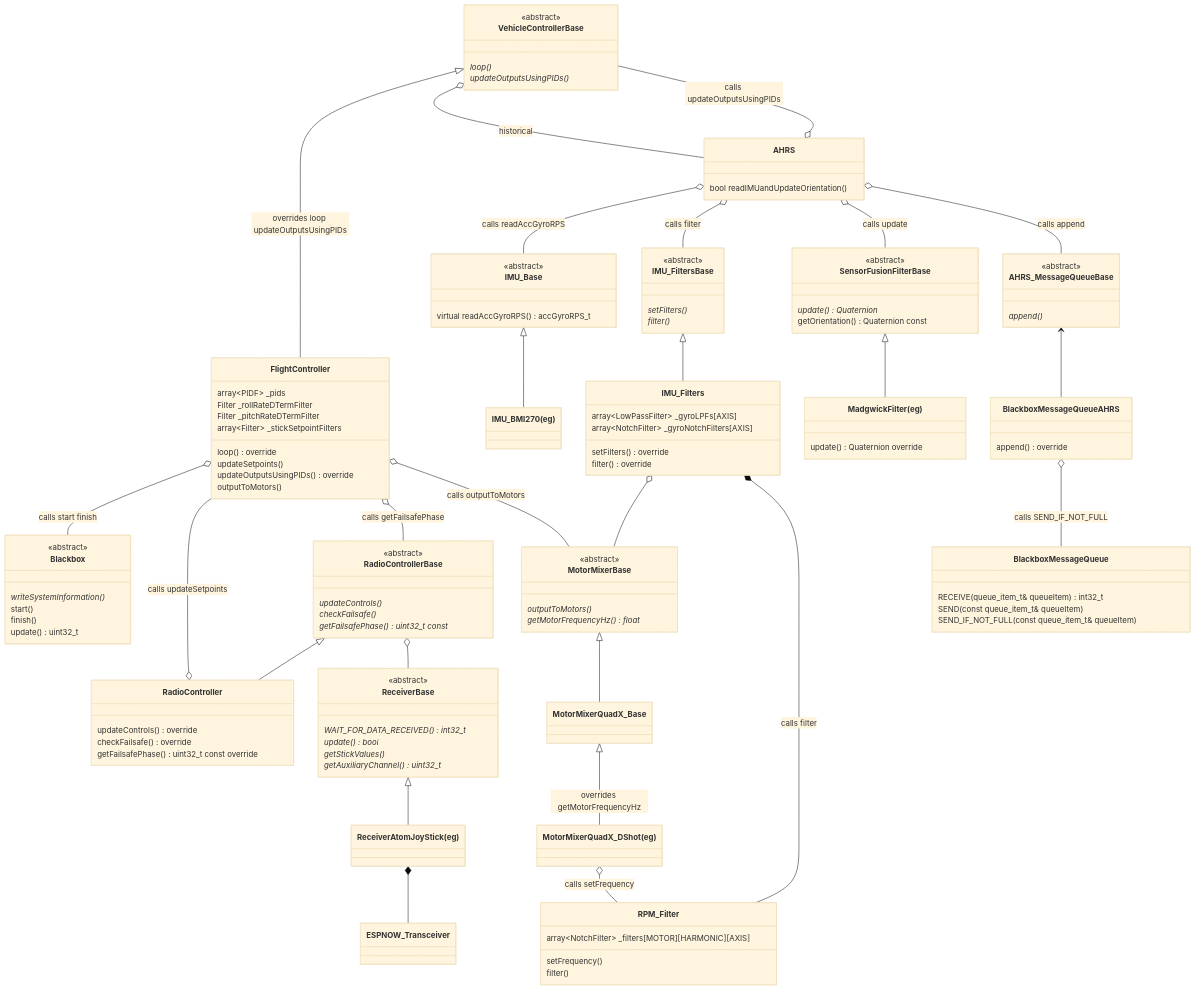
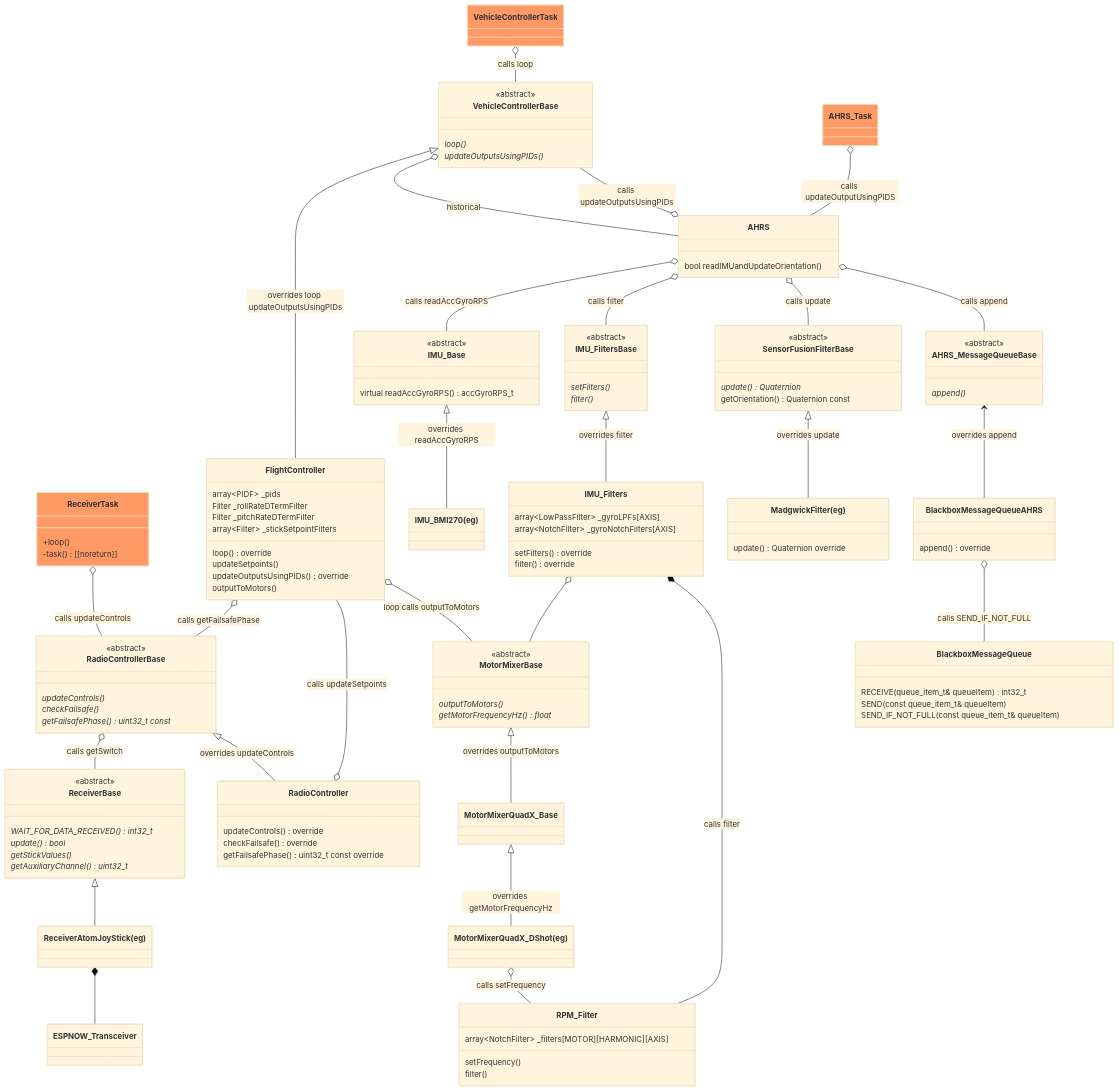
The first of 5 diagrams in README.md (martinbudden/Protoflight), drawn with Mermaid (base theme) before and after one commit. The commit also changed other lines of this file, not shown here.

Commit message:
Update class diagram.

````diff
--- a/README.md
+++ b/README.md
@@ -235,5 +241,9 @@
 ```mermaid
 classDiagram
+    class ReceiverTask:::taskClass {
+        +loop()
+        -task() [[noreturn]]
+    }
     class SensorFusionFilterBase {
         <<abstract>>
         update() Quaternion *
@@ -252,17 +262,9 @@
         SEND(const queue_item_t& queueItem)
         SEND_IF_NOT_FULL(const queue_item_t& queueItem)
     }
-    AHRS_MessageQueueBase <-- BlackboxMessageQueueAHRS
+    AHRS_MessageQueueBase <-- BlackboxMessageQueueAHRS : overrides append
     BlackboxMessageQueueAHRS o-- BlackboxMessageQueue : calls SEND_IF_NOT_FULL
 
-    class Blackbox {
-        <<abstract>>
-        writeSystemInformation() *
-        start()
-        finish()
-        update() uint32_t
-    }
-    link Blackbox "https://github.com/martinbudden/Library-Blackbox/blob/main/src/Blackbox.h"
 
     class IMU_Base {
         <<abstract>>
@@ -290,9 +292,15 @@
         getMotorFrequencyHz() float *
     }
     link FlightController "https://github.com/martinbudden/protoflight/blob/main/lib/MotorMixers/src/MotorMixerBase.h"
-    MotorMixerBase <|-- MotorMixerQuadX_Base
+    MotorMixerBase <|-- MotorMixerQuadX_Base : overrides outputToMotors
+
+    class VehicleControllerTask:::taskClass {
+    }
+    VehicleControllerTask o-- VehicleControllerBase : calls loop
 
     VehicleControllerBase <|-- FlightController : overrides loop updateOutputsUsingPIDs
+    %%VehicleControllerBase o-- AHRS : historical
+    VehicleControllerBase o-- AHRS : historical
     class FlightController {
         array~PIDF~ _pids
         Filter _rollRateDTermFilter
@@ -304,10 +312,9 @@
         outputToMotors()
     }
     link FlightController "https://github.com/martinbudden/protoflight/blob/main/lib/FlightController/src/FlightController.h"
-    FlightController o-- Blackbox : calls start finish
+    FlightController o-- RadioControllerBase : calls getFailsafePhase
     FlightController --o RadioController : calls updateSetpoints
-    FlightController o-- RadioControllerBase : calls getFailsafePhase
-    FlightController o-- MotorMixerBase : calls outputToMotors
+    FlightController o-- MotorMixerBase : loop calls outputToMotors
 
     class AHRS {
         bool readIMUandUpdateOrientation()
@@ -317,8 +324,10 @@
     AHRS o-- IMU_FiltersBase : calls filter
     AHRS o-- SensorFusionFilterBase : calls update
     AHRS o-- AHRS_MessageQueueBase : calls append
+    class AHRS_Task:::taskClass {
+    }
+    AHRS_Task o-- AHRS : calls updateOutputUsingPIDS
     AHRS o-- VehicleControllerBase : calls updateOutputsUsingPIDs
-    VehicleControllerBase o-- AHRS : historical
 
     class ReceiverBase {
         <<abstract>>
@@ -337,8 +346,11 @@
     }
     link RadioControllerBase "https://github.com/martinbudden/Library-Receiver/blob/main/src/RadioControllerBase.h"
 
-    RadioControllerBase <|-- RadioController
-    RadioControllerBase o--ReceiverBase
+    ReceiverTask o-- RadioControllerBase : calls updateControls
+    %%RadioControllerBase --o ReceiverTask : calls updateControls
+
+    RadioControllerBase o--ReceiverBase : calls getSwitch
+    RadioControllerBase <|-- RadioController : overrides updateControls
     class RadioController {
         updateControls() override
         checkFailsafe() override
@@ -353,7 +365,7 @@
     }
     link RPM_Filter "https://github.com/martinbudden/protoflight/blob/main/lib/FlightController/src/RPM_Filter.h"
 
-    IMU_FiltersBase <|-- IMU_Filters
+    IMU_FiltersBase <|-- IMU_Filters : overrides filter
     class IMU_Filters {
         array~LowPassFilter~ _gyroLPFs[AXIS]
         array~NotchFilter~ _gyroNotchFilters[AXIS]
@@ -372,11 +384,11 @@
     link MotorMixerQuadX_DShot "https://github.com/martinbudden/protoflight/blob/main/lib/MotorMixers/src/MotorMixerQuadX_DShot.h"
     MotorMixerQuadX_DShot o-- RPM_Filter : calls setFrequency
 
-    IMU_Base <|-- IMU_BMI270
+    IMU_Base <|-- IMU_BMI270 : overrides readAccGyroRPS
     class IMU_BMI270["IMU_BMI270(eg)"]
     link IMU_BMI270 "https://github.com/martinbudden/Library-IMU/blob/main/src/IMU_BMI270.h"
 
-    SensorFusionFilterBase  <|-- MadgwickFilter
+    SensorFusionFilterBase  <|-- MadgwickFilter : overrides  update
     class MadgwickFilter["MadgwickFilter(eg)"] {
         update() Quaternion override
     }
@@ -388,4 +400,6 @@
     ReceiverAtomJoyStick *-- ESPNOW_Transceiver
     class ESPNOW_Transceiver
     link ESPNOW_Transceiver "https://github.com/martinbudden/Library-Receiver/blob/main/src/ESPNOW_Transceiver.h"
+
+    classDef taskClass fill:#f96
 ```
````
